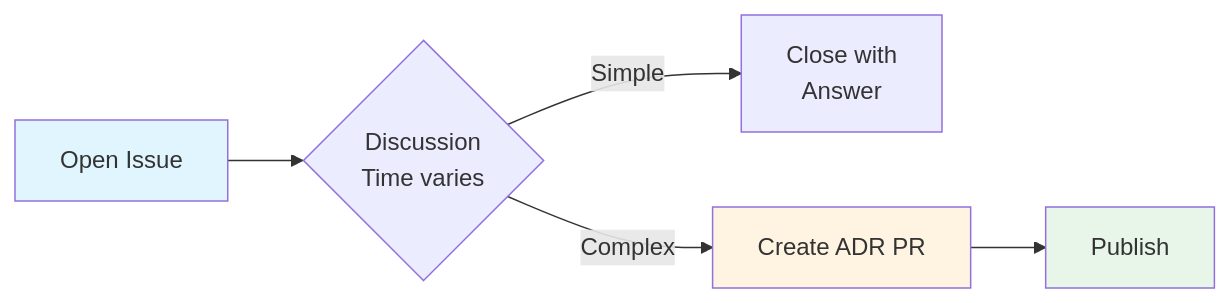
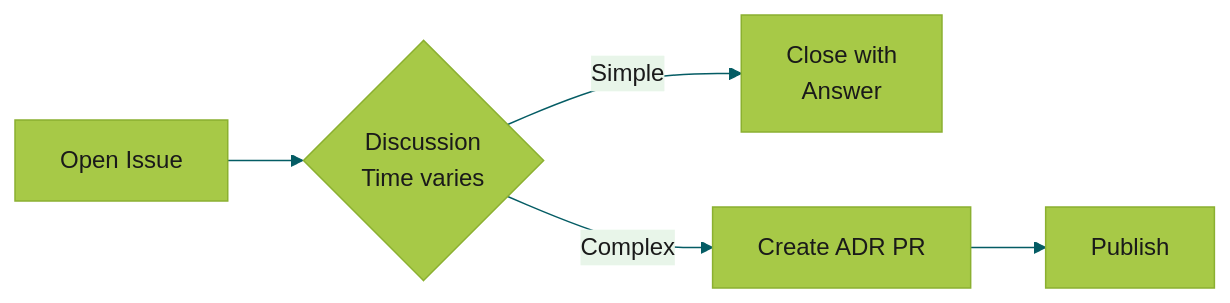
Before and after one commit to SciLifeLab/architecture: the diagram in docs/decisions/0003-use-single-process-approach-for-architecture-requests.md, drawn with Mermaid. The commit also changed 11 other files, not shown here.

````diff
--- a/docs/decisions/0003-use-single-process-approach-for-architecture-requests.md
+++ b/docs/decisions/0003-use-single-process-approach-for-architecture-requests.md
@@ -26,11 +26,8 @@
 ```mermaid
+%%{init: {'theme': 'base', 'themeVariables': { 'primaryColor': '#a7c947', 'primaryTextColor': '#1a1a1a', 'primaryBorderColor': '#8bb030', 'lineColor': '#045c64', 'secondaryColor': '#e8f5e9', 'tertiaryColor': '#f5f5f5', 'fontFamily': 'Open Sans'}}}%%
 flowchart LR
     A[Open Issue] --> B{Discussion<br/>Time varies}
     B -->|Simple| C[Close with<br/>Answer]
     B -->|Complex| D[Create ADR PR]
     D --> E[Publish]
-
-    style A fill:#e1f5ff
-    style D fill:#fff4e1
-    style E fill:#e8f5e9
 ```
````
